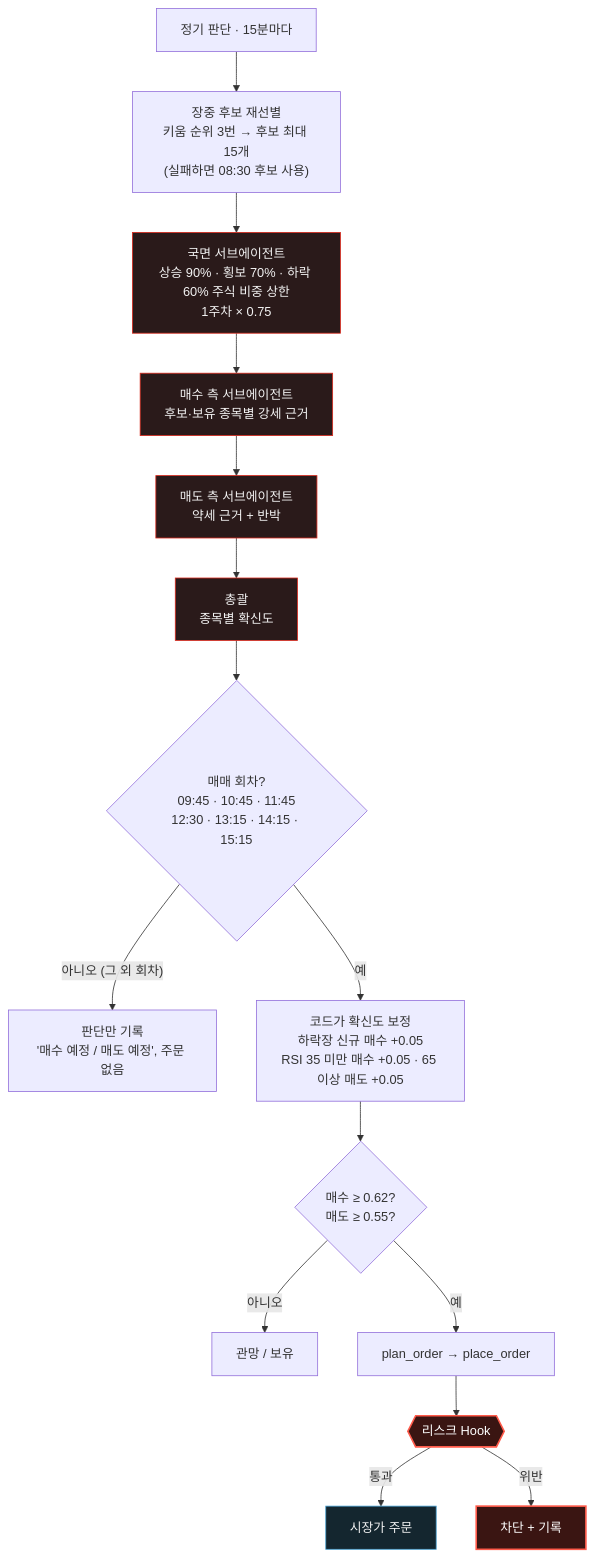
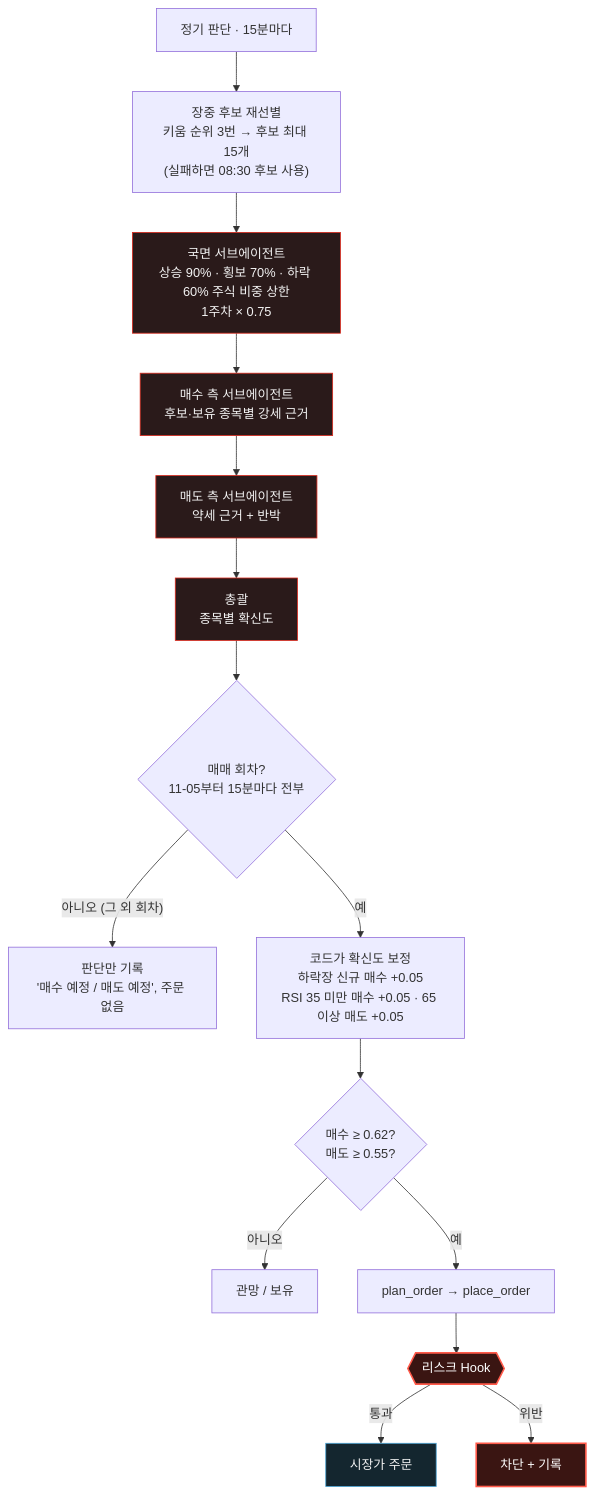
One commit to isopink/hynix-298f changed the diagram in assets/diagrams/decision.ko.mmd. Above: the diagram before and after it, drawn with Mermaid. The commit also changed 7 other files, not shown here.

```diff
--- a/assets/diagrams/decision.ko.mmd
+++ b/assets/diagrams/decision.ko.mmd
@@ -1,21 +1,21 @@
 flowchart TB
     S["정기 판단 · 15분마다"] --> P["장중 후보 재선별<br/>키움 순위 3번 → 후보 최대 15개<br/>(실패하면 08:30 후보 사용)"]
     P --> G["국면 서브에이전트<br/>상승 90% · 횡보 70% · 하락 60% 주식 비중 상한<br/>1주차 × 0.75"]
     G --> B["매수 측 서브에이전트<br/>후보·보유 종목별 강세 근거"]
     B --> R["매도 측 서브에이전트<br/>약세 근거 + 반박"]
     R --> L["총괄<br/>종목별 확신도"]
-    L --> T{"매매 회차?<br/>09:45 · 10:45 · 11:45<br/>12:30 · 13:15 · 14:15 · 15:15"}
+    L --> T{"매매 회차?<br/>11-05부터 15분마다 전부"}
     T -- "아니오 (그 외 회차)" --> V["판단만 기록<br/>'매수 예정 / 매도 예정', 주문 없음"]
     T -- 예 --> C["코드가 확신도 보정<br/>하락장 신규 매수 +0.05<br/>RSI 35 미만 매수 +0.05 · 65 이상 매도 +0.05"]
     C --> Q{"매수 ≥ 0.62?<br/>매도 ≥ 0.55?"}
     Q -- 아니오 --> W["관망 / 보유"]
     Q -- 예 --> Z["plan_order → place_order"]
     Z --> H{{"리스크 Hook"}}
     H -- 통과 --> O["시장가 주문"]
     H -- 위반 --> X["차단 + 기록"]
     classDef agent fill:#2a1a1a,stroke:#da291c,color:#f3f3f3
     classDef hook fill:#3a1512,stroke:#ff5a4a,stroke-width:2px,color:#ffffff
     classDef ok fill:#14262f,stroke:#4aa3d4,color:#f3f3f3
     class G,B,R,L agent
     class H,X hook
     class O ok
```
